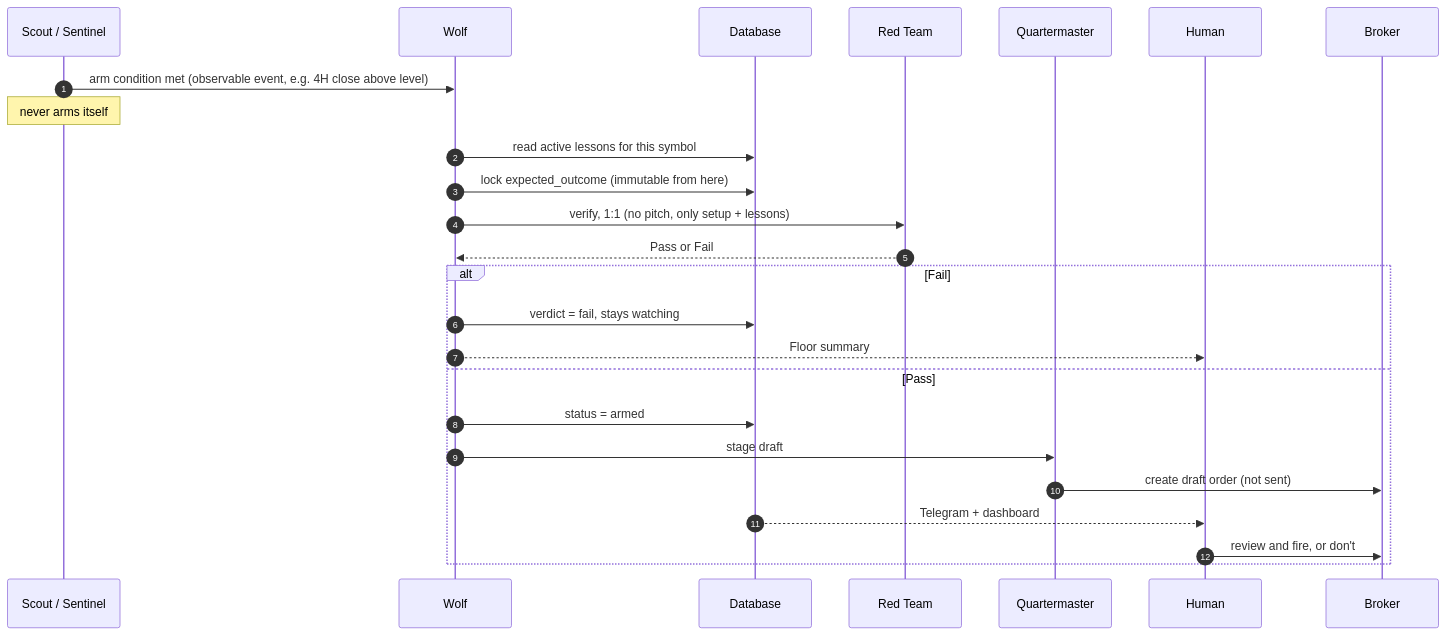
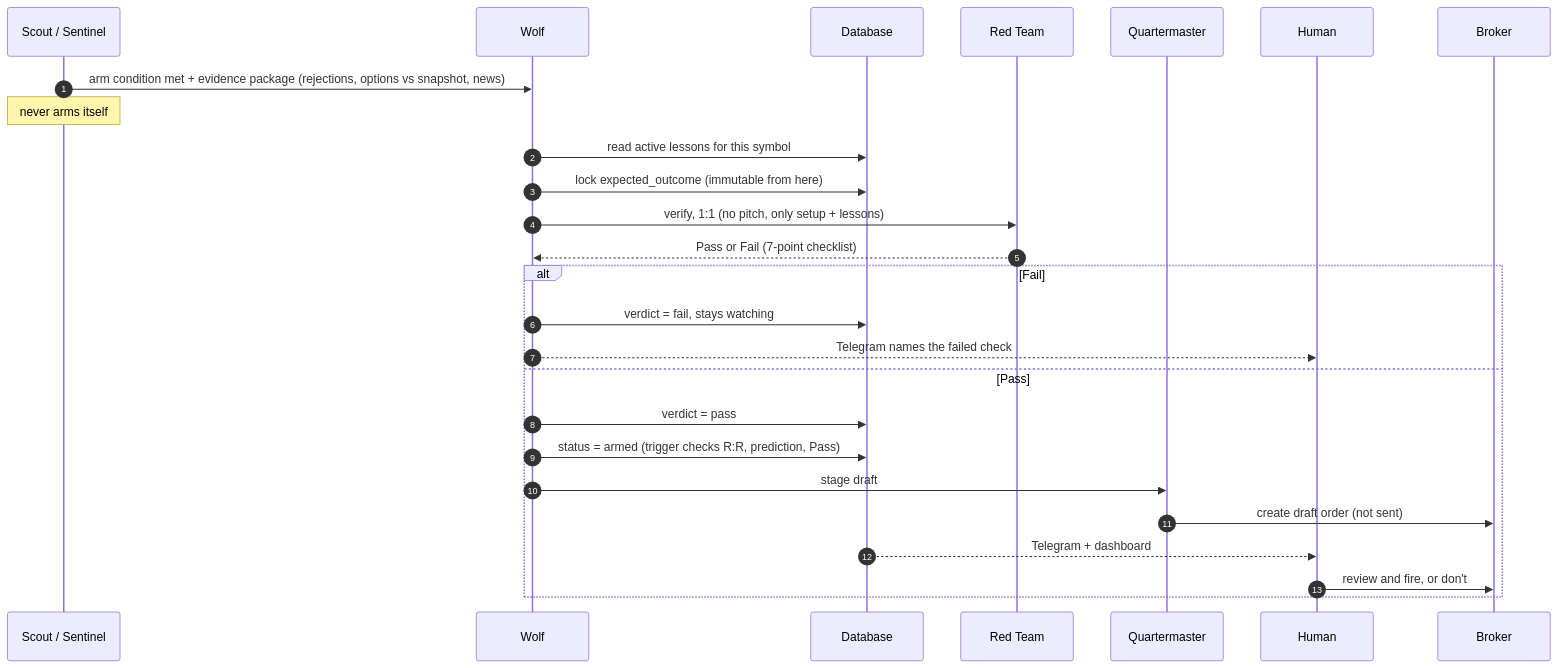
Before and after one commit to imranchatur-cpu/TradeOps-Public: the fourth of 7 diagrams in docs/ARCHITECTURE.md, drawn with Mermaid. The commit also changed other lines of this file and 11 other files, not shown here.

First line of the commit message:
Update public pack for redesign v2: staged Scout, Red Team checklist, overrides, DB arm guard

````diff
--- a/docs/ARCHITECTURE.md
+++ b/docs/ARCHITECTURE.md
@@ -131,28 +132,29 @@
 ```mermaid
 sequenceDiagram
     autonumber
     participant SC as Scout / Sentinel
     participant W as Wolf
     participant DB as Database
     participant RT as Red Team
     participant QM as Quartermaster
     participant H as Human
     participant BR as Broker
 
-    SC->>W: arm condition met (observable event, e.g. 4H close above level)
+    SC->>W: arm condition met + evidence package (rejections, options vs snapshot, news)
     Note over SC: never arms itself
     W->>DB: read active lessons for this symbol
     W->>DB: lock expected_outcome (immutable from here)
     W->>RT: verify, 1:1 (no pitch, only setup + lessons)
-    RT-->>W: Pass or Fail
+    RT-->>W: Pass or Fail (7-point checklist)
     alt Fail
         W->>DB: verdict = fail, stays watching
-        W-->>H: Floor summary
+        W-->>H: Telegram names the failed check
     else Pass
-        W->>DB: status = armed
+        W->>DB: verdict = pass
+        W->>DB: status = armed (trigger checks R:R, prediction, Pass)
         W->>QM: stage draft
         QM->>BR: create draft order (not sent)
         DB-->>H: Telegram + dashboard
         H->>BR: review and fire, or don't
     end
 ```
````
